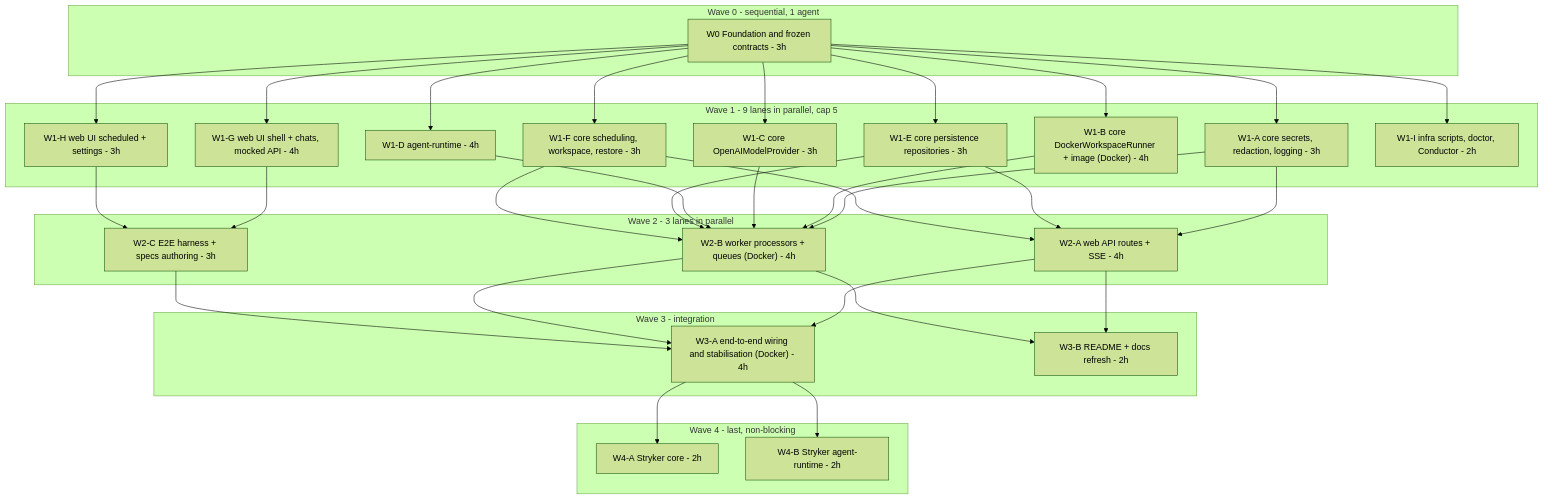
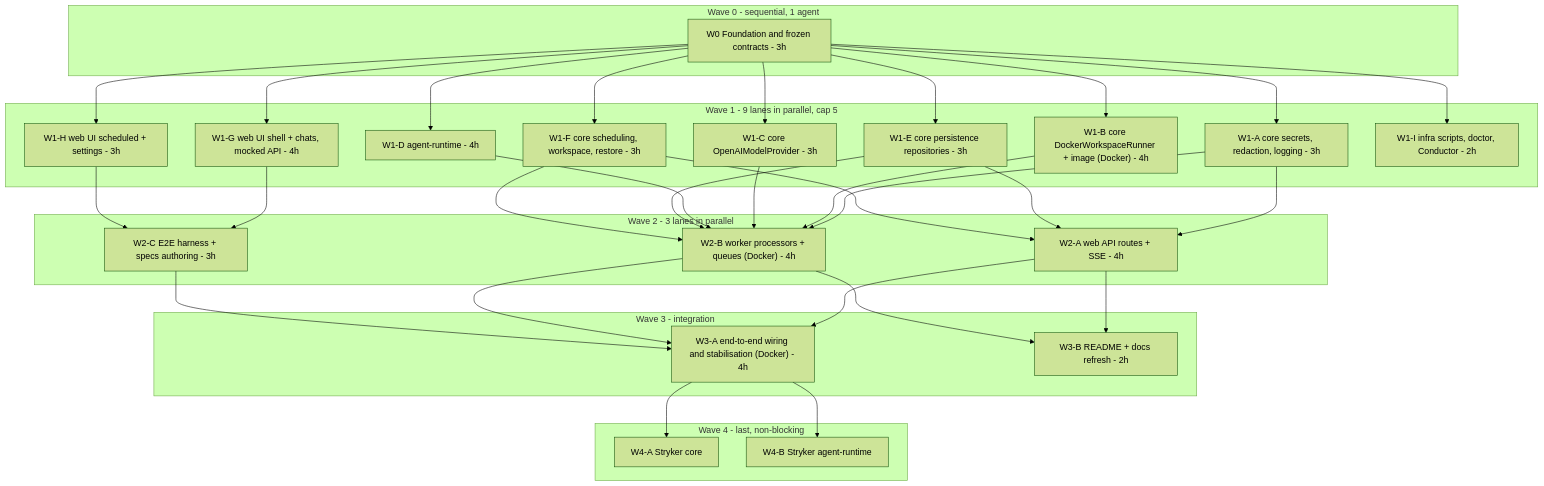
Before and after one commit to msalvatti/agent-hangar: the diagram in docs/plan.md, drawn with Mermaid (forest theme). The commit also changed other lines of this file and 310 other files, not shown here.

````diff
--- a/docs/plan.md
+++ b/docs/plan.md
@@ -61,42 +61,42 @@
 ```mermaid
 flowchart TB
   subgraph wave0["Wave 0 - sequential, 1 agent"]
     W0["W0 Foundation and frozen contracts - 3h"]
   end
 
   subgraph wave1["Wave 1 - 9 lanes in parallel, cap 5"]
     W1A["W1-A core secrets, redaction, logging - 3h"]
     W1B["W1-B core DockerWorkspaceRunner + image (Docker) - 4h"]
     W1C["W1-C core OpenAIModelProvider - 3h"]
     W1D["W1-D agent-runtime - 4h"]
     W1E["W1-E core persistence repositories - 3h"]
     W1F["W1-F core scheduling, workspace, restore - 3h"]
     W1G["W1-G web UI shell + chats, mocked API - 4h"]
     W1H["W1-H web UI scheduled + settings - 3h"]
     W1I["W1-I infra scripts, doctor, Conductor - 2h"]
   end
 
   subgraph wave2["Wave 2 - 3 lanes in parallel"]
     W2A["W2-A web API routes + SSE - 4h"]
     W2B["W2-B worker processors + queues (Docker) - 4h"]
     W2C["W2-C E2E harness + specs authoring - 3h"]
   end
 
   subgraph wave3["Wave 3 - integration"]
     W3A["W3-A end-to-end wiring and stabilisation (Docker) - 4h"]
     W3B["W3-B README + docs refresh - 2h"]
   end
 
   subgraph wave4["Wave 4 - last, non-blocking"]
-    W4A["W4-A Stryker core - 2h"]
-    W4B["W4-B Stryker agent-runtime - 2h"]
+    W4A["W4-A Stryker core"]
+    W4B["W4-B Stryker agent-runtime"]
   end
 
   W0 --> W1A & W1B & W1C & W1D & W1E & W1F & W1G & W1H & W1I
   W1A & W1E & W1F --> W2A
   W1A & W1B & W1C & W1D & W1E & W1F --> W2B
   W1G & W1H --> W2C
   W2A & W2B & W2C --> W3A
   W2A & W2B --> W3B
   W3A --> W4A & W4B
 ```
````
